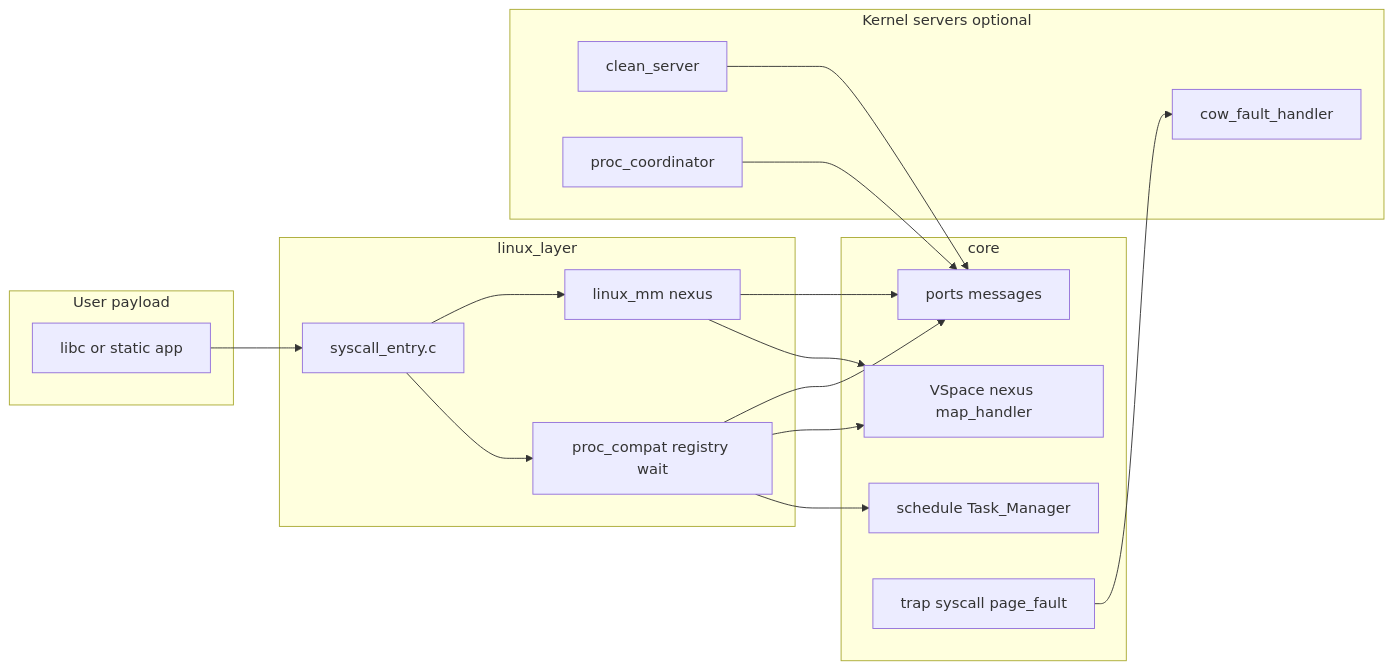
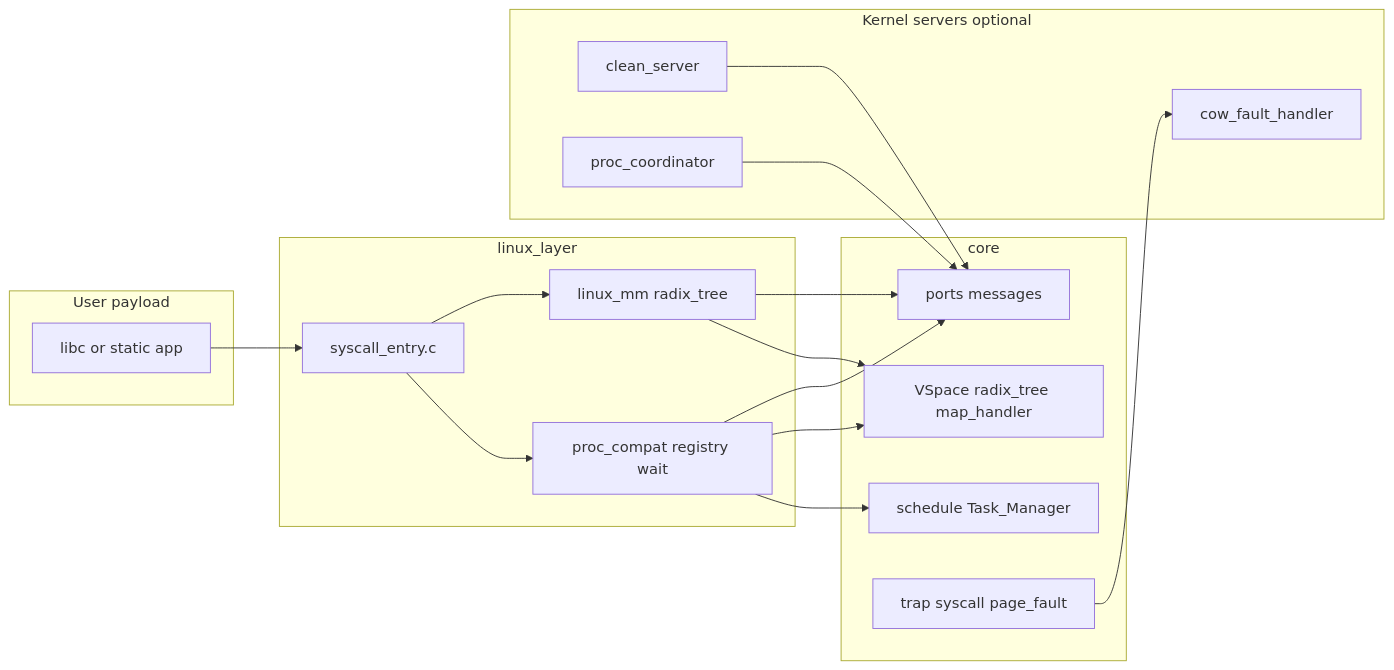
The diagram in doc/linux_compat/ARCHITECTURE.md (ZhiyuanSue/RendezvOS_Linux), drawn with Mermaid before and after one commit. The commit also changed other lines of this file and 10 other files, not shown here.

````diff
--- a/doc/linux_compat/ARCHITECTURE.md
+++ b/doc/linux_compat/ARCHITECTURE.md
@@ -5,33 +5,33 @@
 ```mermaid
 flowchart LR
   subgraph payload [User payload]
     App[libc or static app]
   end
   subgraph linux_layer [linux_layer]
     Entry[syscall_entry.c]
     Proc[proc_compat registry wait]
-    MM[linux_mm nexus]
+    MM[linux_mm radix_tree]
   end
   subgraph core [core]
     Sched[schedule Task_Manager]
-    VS[VSpace nexus map_handler]
+    VS[VSpace radix_tree map_handler]
     IPC[ports messages]
     Trap[trap syscall page_fault]
   end
   subgraph servers [Kernel servers optional]
     Clean[clean_server]
     Coord[proc_coordinator]
     PF[cow_fault_handler]
   end
   App --> Entry
   Entry --> Proc
   Entry --> MM
   Proc --> Sched
   Proc --> VS
   MM --> VS
   Proc --> IPC
   MM --> IPC
   Trap --> PF
   Coord --> IPC
   Clean --> IPC
 ```
````
